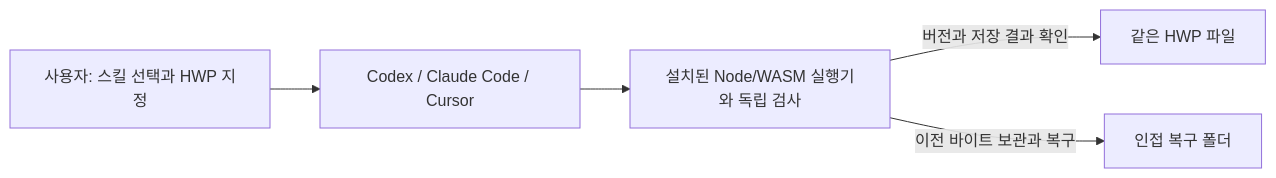
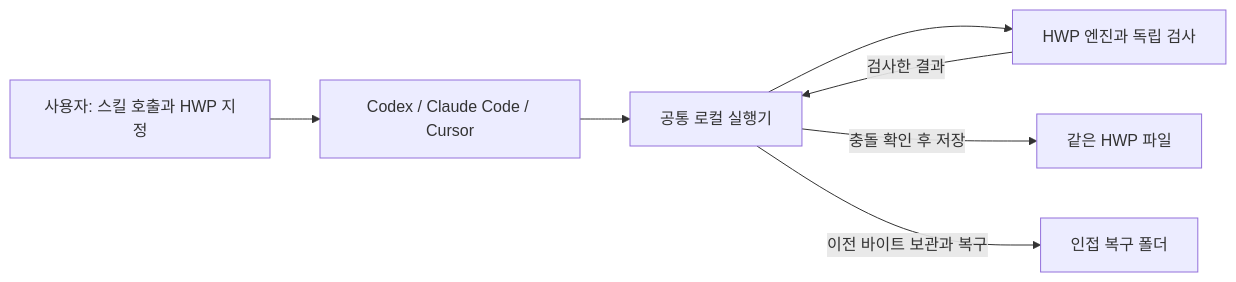
One commit to spark142857142857/hwp-easy changed the first of 2 diagrams in docs/architecture.md. Above: the diagram before and after it, drawn with Mermaid. The commit also changed other lines of this file and 19 other files, not shown here.

````diff
--- a/docs/architecture.md
+++ b/docs/architecture.md
@@ -9,7 +11,9 @@
 ```mermaid
 flowchart LR
-  U[사용자: 스킬 선택과 HWP 지정] --> A[Codex / Claude Code / Cursor]
-  A --> E[설치된 Node/WASM 실행기와 독립 검사]
-  E -->|버전과 저장 결과 확인| F[같은 HWP 파일]
-  E -->|이전 바이트 보관과 복구| B[인접 복구 폴더]
+  U[사용자: 스킬 호출과 HWP 지정] --> A[Codex / Claude Code / Cursor]
+  A --> L[공통 로컬 실행기]
+  L --> E[HWP 엔진과 독립 검사]
+  E -->|검사한 결과| L
+  L -->|충돌 확인 후 저장| F[같은 HWP 파일]
+  L -->|이전 바이트 보관과 복구| B[인접 복구 폴더]
 ```
````
